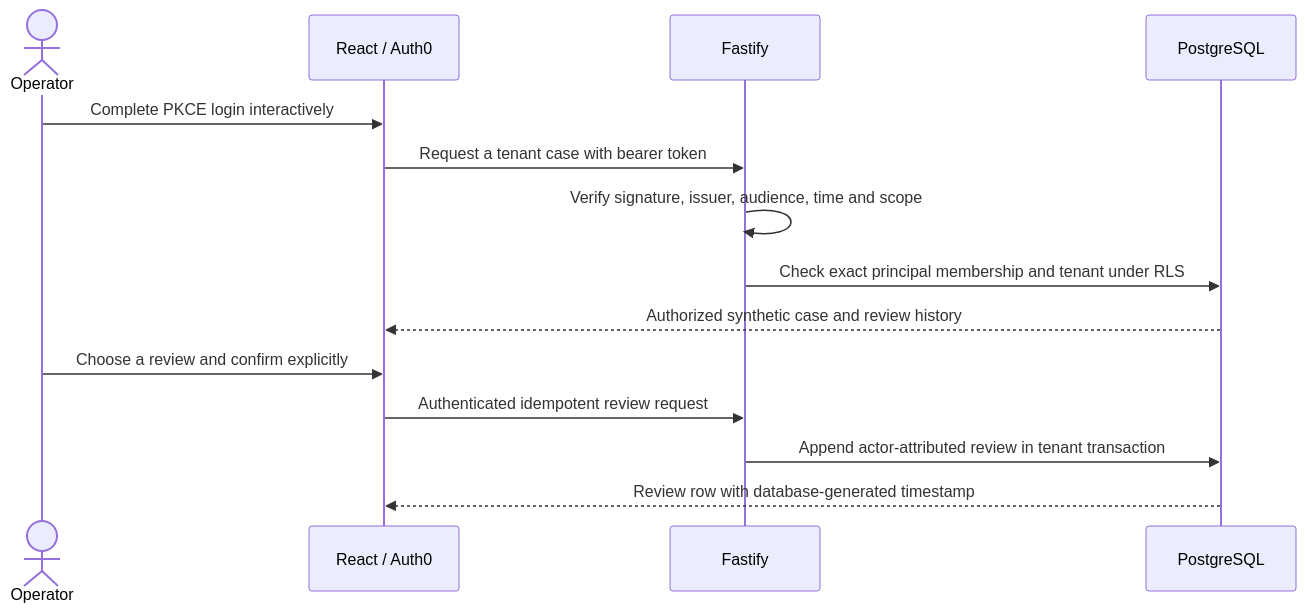
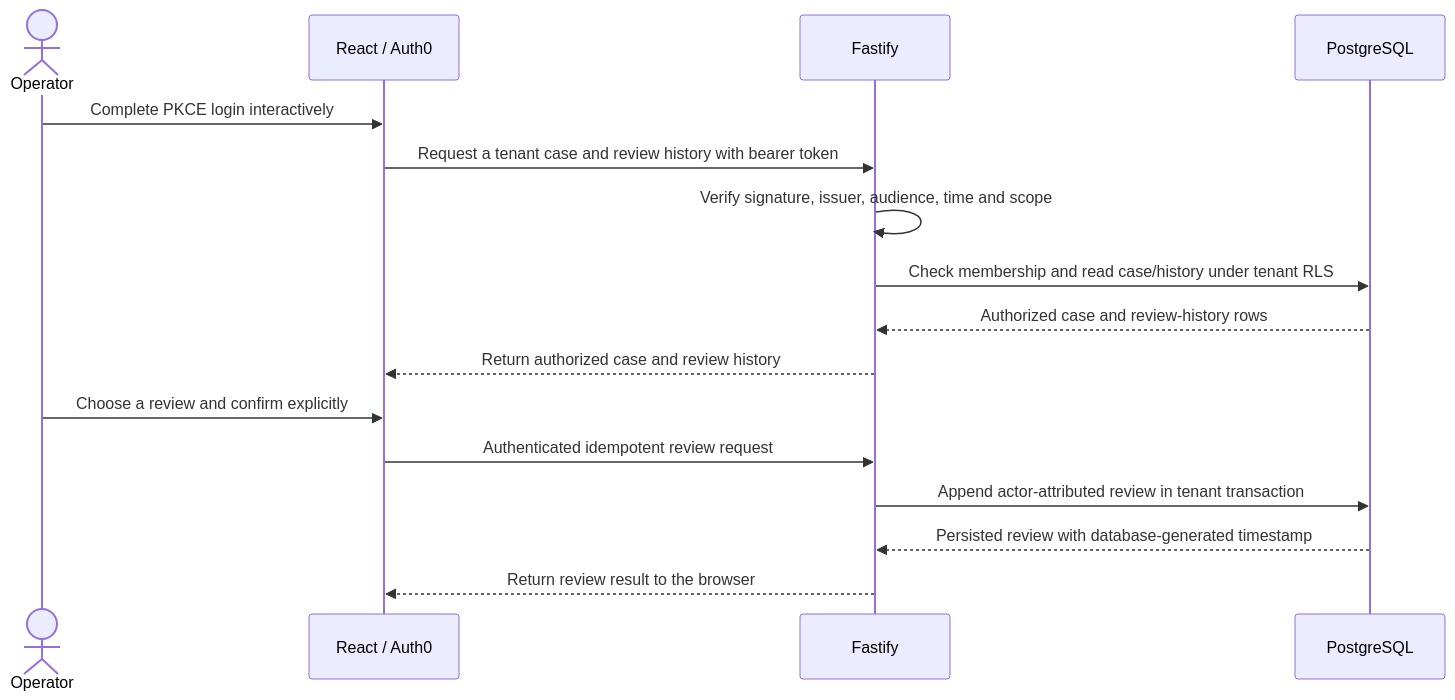
The second of 2 diagrams in docs/PORTFOLIO-CASE-STUDY.md (AnkurSingh16/aegis-ai-architect-portfolio), drawn with Mermaid before and after one commit.

Commit message:
docs: correct case study API data flow

````diff
--- a/docs/PORTFOLIO-CASE-STUDY.md
+++ b/docs/PORTFOLIO-CASE-STUDY.md
@@ -32,16 +32,18 @@
 ```mermaid
 sequenceDiagram
   actor Operator
   participant SPA as React / Auth0
   participant API as Fastify
   participant DB as PostgreSQL
   Operator->>SPA: Complete PKCE login interactively
-  SPA->>API: Request a tenant case with bearer token
+  SPA->>API: Request a tenant case and review history with bearer token
   API->>API: Verify signature, issuer, audience, time and scope
-  API->>DB: Check exact principal membership and tenant under RLS
-  DB-->>SPA: Authorized synthetic case and review history
+  API->>DB: Check membership and read case/history under tenant RLS
+  DB-->>API: Authorized case and review-history rows
+  API-->>SPA: Return authorized case and review history
   Operator->>SPA: Choose a review and confirm explicitly
   SPA->>API: Authenticated idempotent review request
   API->>DB: Append actor-attributed review in tenant transaction
-  DB-->>SPA: Review row with database-generated timestamp
+  DB-->>API: Persisted review with database-generated timestamp
+  API-->>SPA: Return review result to the browser
 ```
````
